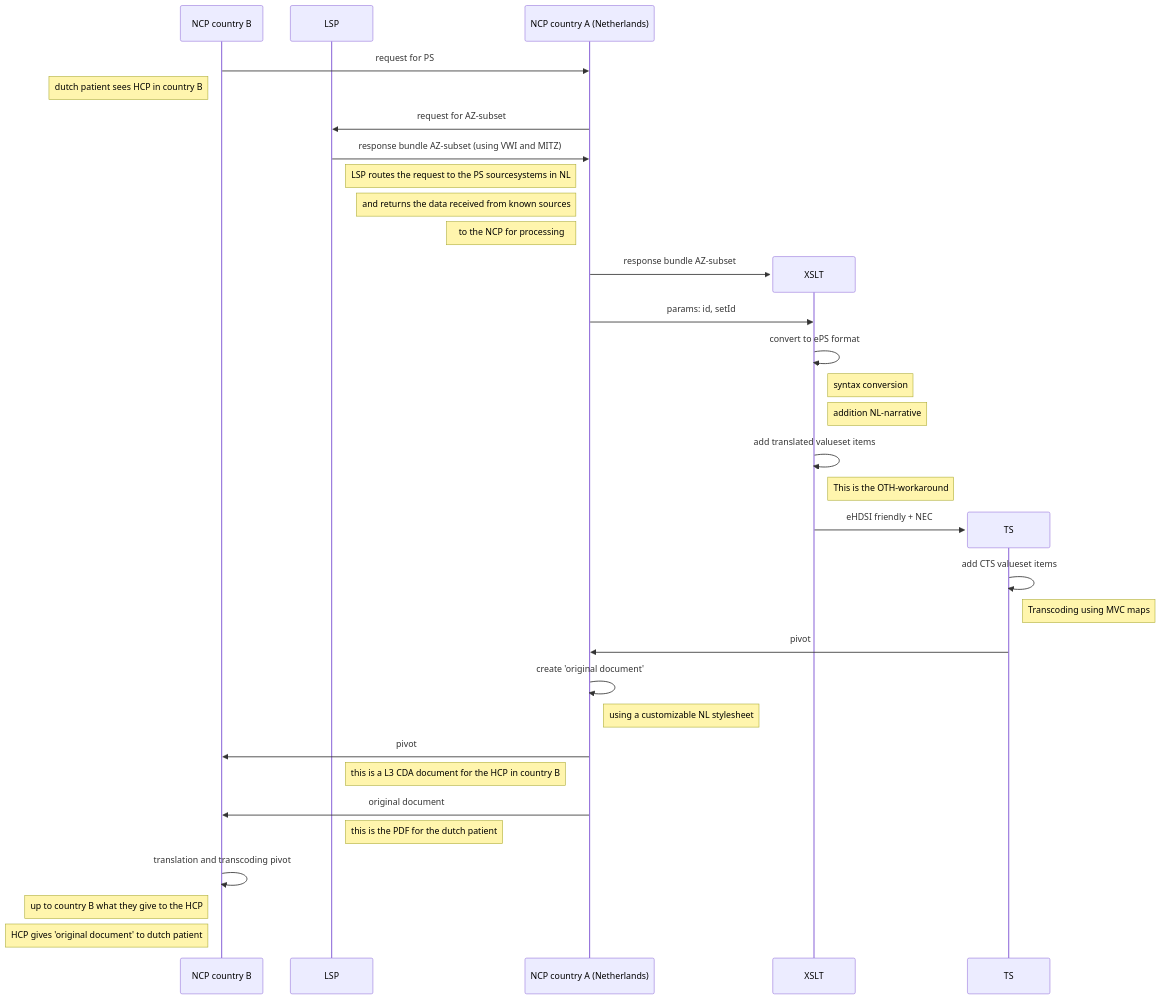
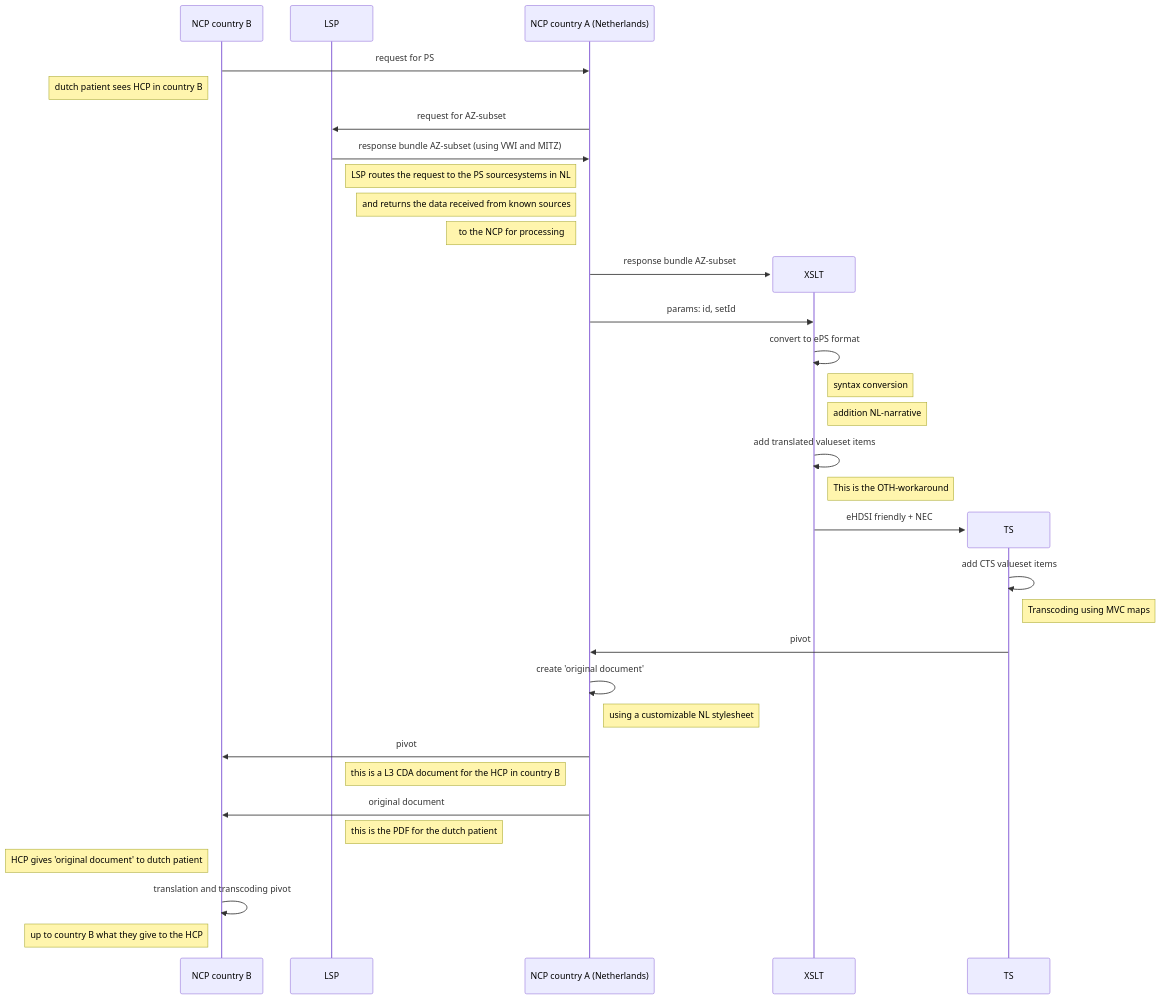
The diagram in plaatjes.md (Duometis/overbrugging), drawn with Mermaid before and after one commit.

````diff
--- a/plaatjes.md
+++ b/plaatjes.md
@@ -3,41 +3,42 @@
 ```mermaid
 sequenceDiagram
 
 participant B as NCP country B
 participant C as LSP
 participant A as NCP country A (Netherlands)
 
 B->>A: request for PS
 Note left of B: dutch patient sees HCP in country B
 A->>C: request for AZ-subset
 C->>A: response bundle AZ-subset (using VWI and MITZ)
 Note left of A: LSP routes the request to the PS sourcesystems in NL
 Note left of A: and returns the data received from known sources
 Note left of A: to the NCP for processing
 create participant XSLT
  
     A->>XSLT: response bundle AZ-subset
 
     A->>XSLT: params: id, setId
   
     XSLT->>XSLT: convert to ePS format
 Note right of XSLT: syntax conversion
 Note right of XSLT: addition NL-narrative
     XSLT->>XSLT: add translated valueset items
 Note right of XSLT: This is the OTH-workaround
   create participant TS
     XSLT->>TS : eHDSI friendly + NEC 
    TS->>TS: add CTS valueset items
 Note right of TS: Transcoding using MVC maps
     TS->>A: pivot
 A->>A: create 'original document'
 Note right of A: using a customizable NL stylesheet 
 A->>B: pivot
 Note right of C: this is a L3 CDA document for the HCP in country B
 A->>B: original document
 Note right of C: this is the PDF for the dutch patient
+Note left of B: HCP gives 'original document' to dutch patient
 B->>B: translation and transcoding pivot
 Note left of B: up to country B what they give to the HCP
-Note left of B: HCP gives 'original document' to dutch patient
+
 
 ```
````
